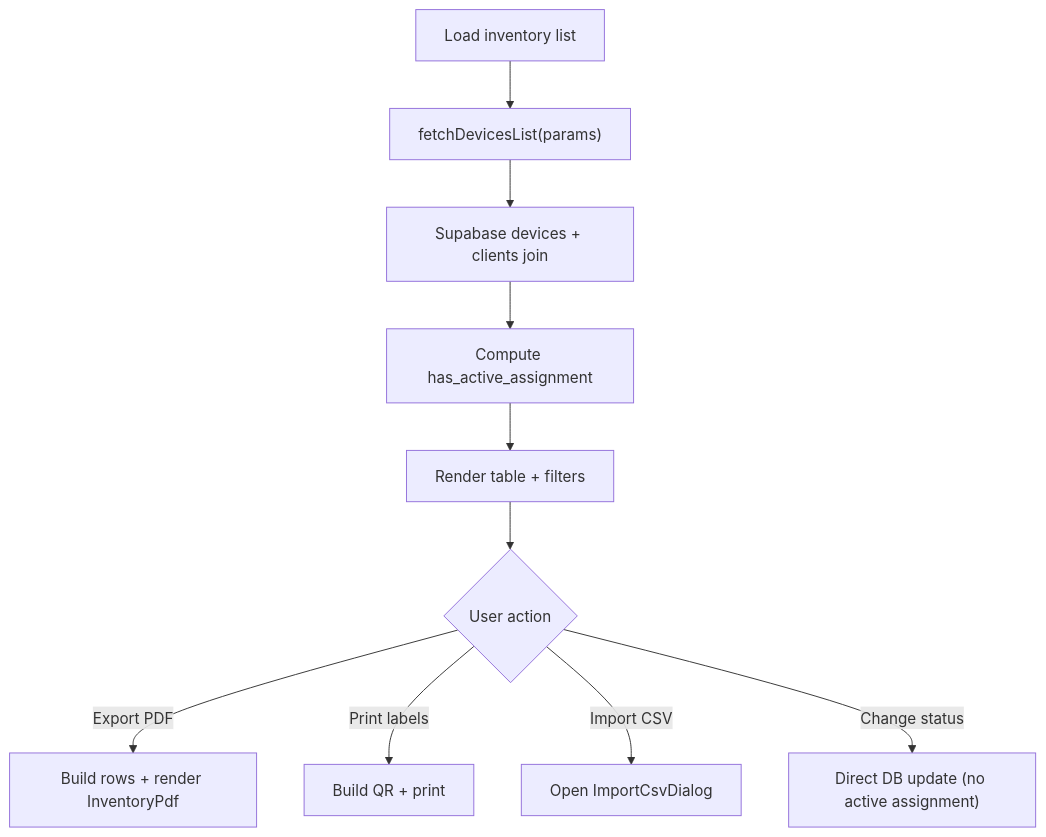
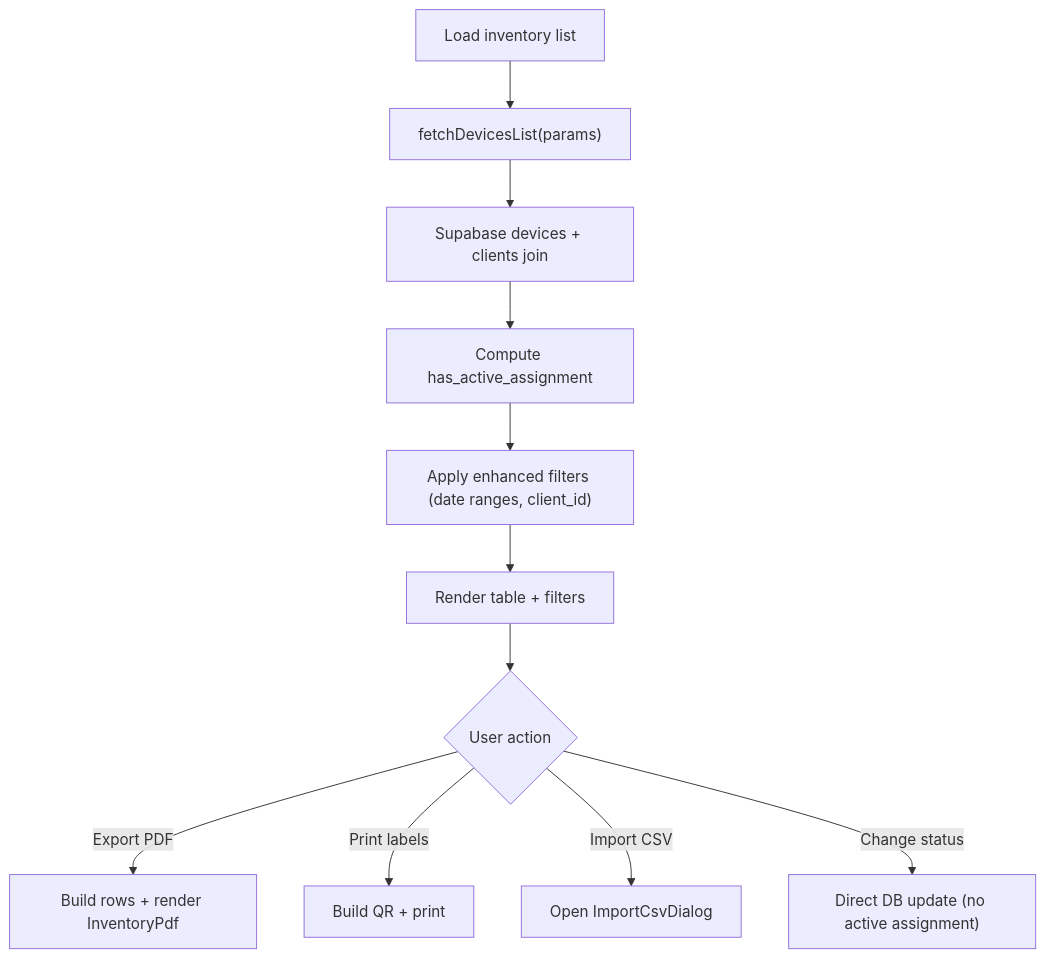
One commit to gastaldellomarco/pcReady changed the fifth of 9 diagrams in .qoder/repowiki/en/content/Device Management System/Device Management System.md. Above: the diagram before and after it, drawn with Mermaid. The commit also changed other lines of this file and 5 other files, not shown here.

````diff
--- a/.qoder/repowiki/en/content/Device Management System/Device Management System.md
+++ b/.qoder/repowiki/en/content/Device Management System/Device Management System.md
@@ -247,12 +257,13 @@
 ```mermaid
 flowchart TD
 Init["Load inventory list"] --> Query["fetchDevicesList(params)"]
 Query --> DB["Supabase devices + clients join"]
 DB --> Active["Compute has_active_assignment"]
-Active --> Render["Render table + filters"]
+Active --> Filter["Apply enhanced filters (date ranges, client_id)"]
+Filter --> Render["Render table + filters"]
 Render --> Action{"User action"}
 Action --> |Export PDF| PDF["Build rows + render InventoryPdf"]
 Action --> |Print labels| Labels["Build QR + print"]
 Action --> |Import CSV| Import["Open ImportCsvDialog"]
 Action --> |Change status| Status["Direct DB update (no active assignment)"]
 ```
````
